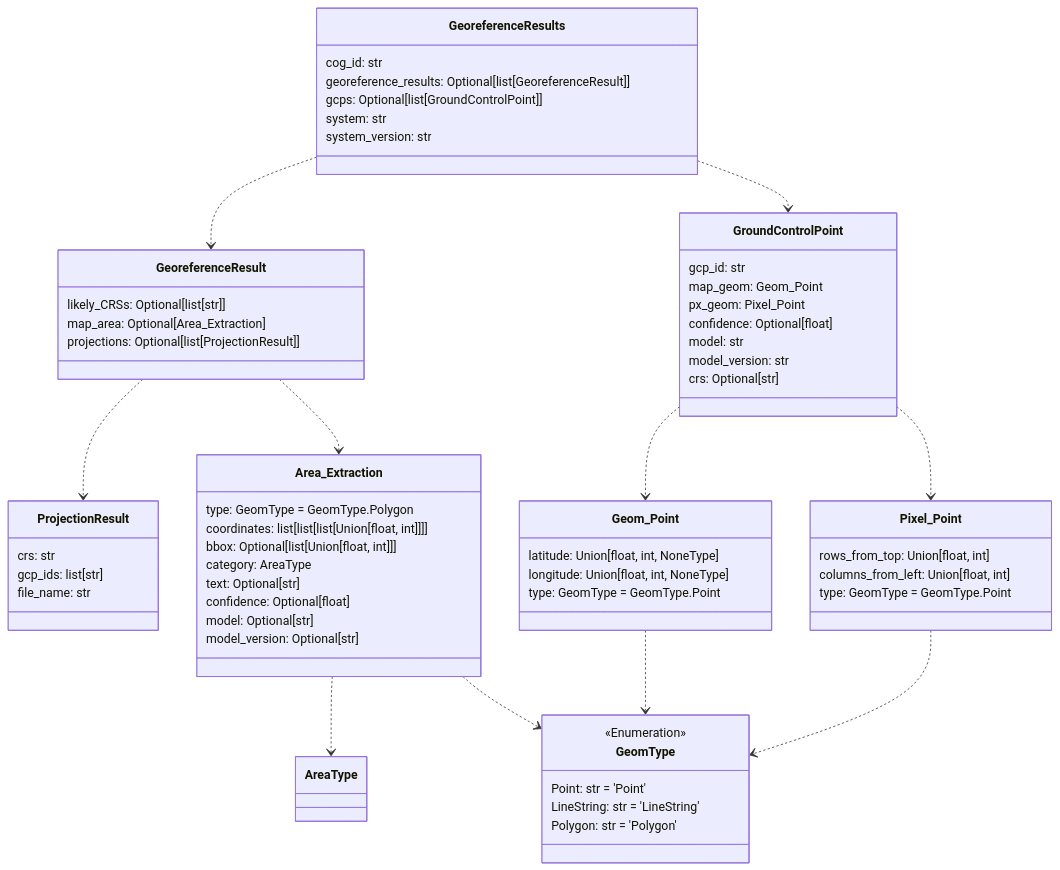
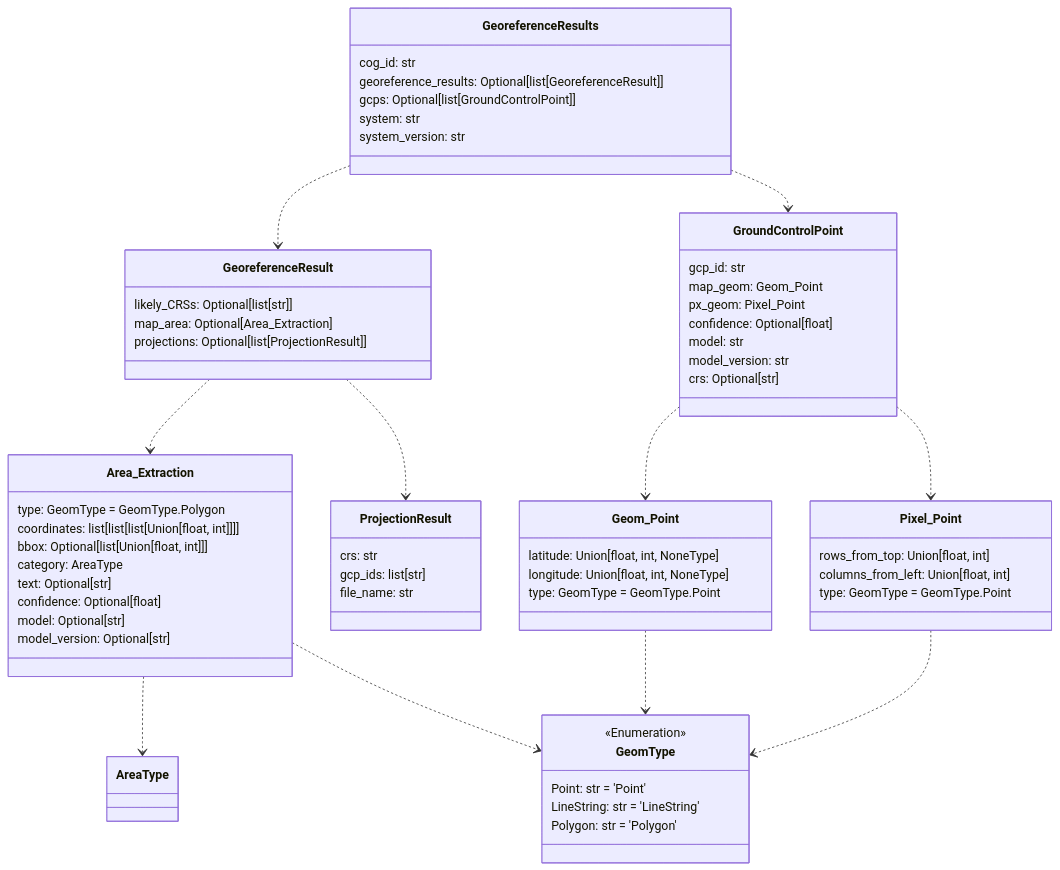
One commit to DARPA-CRITICALMAAS/cdr_schemas changed the second of 12 diagrams in README.md. Above: the diagram before and after it, drawn with Mermaid. The commit also changed other lines of this file and 4 other files, not shown here.

````diff
--- a/README.md
+++ b/README.md
@@ -97,76 +113,76 @@
 ```mermaid
 classDiagram
-
-    class ProjectionResult {
-        crs: str
-        gcp_ids: list[str]
-        file_name: str
-    }
-
-    class GeoreferenceResults {
-        cog_id: str
-        georeference_results: Optional[list[GeoreferenceResult]]
-        gcps: Optional[list[GroundControlPoint]]
-        system: str
-        system_version: str
-    }
-
-    class Pixel_Point {
-        rows_from_top: Union[float, int]
-        columns_from_left: Union[float, int]
-        type: GeomType = GeomType.Point
-    }
 
     class GeoreferenceResult {
         likely_CRSs: Optional[list[str]]
         map_area: Optional[Area_Extraction]
         projections: Optional[list[ProjectionResult]]
-    }
-
-    class GroundControlPoint {
-        gcp_id: str
-        map_geom: Geom_Point
-        px_geom: Pixel_Point
-        confidence: Optional[float]
-        model: str
-        model_version: str
-        crs: Optional[str]
-    }
-
-    class GeomType {
-        <<Enumeration>>
-        Point: str = 'Point'
-        LineString: str = 'LineString'
-        Polygon: str = 'Polygon'
     }
 
     class Area_Extraction {
         type: GeomType = GeomType.Polygon
         coordinates: list[list[list[Union[float, int]]]]
         bbox: Optional[list[Union[float, int]]]
         category: AreaType
         text: Optional[str]
         confidence: Optional[float]
         model: Optional[str]
         model_version: Optional[str]
     }
 
+    class GeomType {
+        <<Enumeration>>
+        Point: str = 'Point'
+        LineString: str = 'LineString'
+        Polygon: str = 'Polygon'
+    }
+
+    class Pixel_Point {
+        rows_from_top: Union[float, int]
+        columns_from_left: Union[float, int]
+        type: GeomType = GeomType.Point
+    }
+
+    class ProjectionResult {
+        crs: str
+        gcp_ids: list[str]
+        file_name: str
+    }
+
+    class GroundControlPoint {
+        gcp_id: str
+        map_geom: Geom_Point
+        px_geom: Pixel_Point
+        confidence: Optional[float]
+        model: str
+        model_version: str
+        crs: Optional[str]
+    }
+
+    class GeoreferenceResults {
+        cog_id: str
+        georeference_results: Optional[list[GeoreferenceResult]]
+        gcps: Optional[list[GroundControlPoint]]
+        system: str
+        system_version: str
+    }
+
     class Geom_Point {
         latitude: Union[float, int, NoneType]
         longitude: Union[float, int, NoneType]
         type: GeomType = GeomType.Point
     }
 
     Area_Extraction ..> AreaType
     Area_Extraction ..> GeomType
     Geom_Point ..> GeomType
     Pixel_Point ..> GeomType
+    GroundControlPoint ..> Geom_Point
     GroundControlPoint ..> Pixel_Point
-    GroundControlPoint ..> Geom_Point
+    GeoreferenceResult ..> Area_Extraction
     GeoreferenceResult ..> ProjectionResult
-    GeoreferenceResult ..> Area_Extraction
     GeoreferenceResults ..> GeoreferenceResult
     GeoreferenceResults ..> GroundControlPoint
 
 
 ```
````
